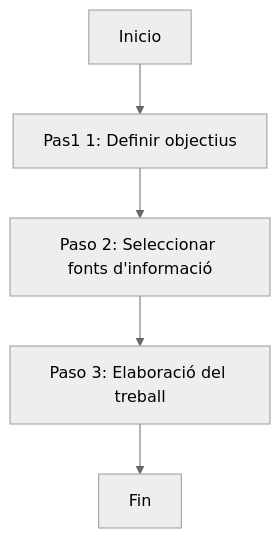
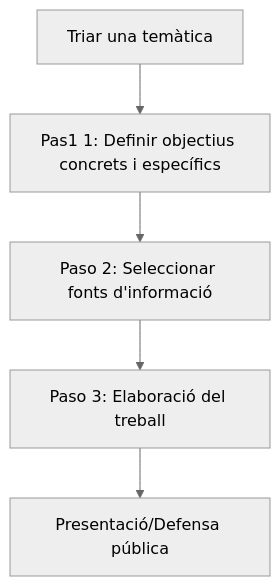
One commit to lveygonz/biologia-i-geologia-4t changed the diagram in pages/learning-scenarios/research-project.md. Above: the diagram before and after it, drawn with Mermaid (neutral theme). The commit also changed other lines of this file, not shown here.

````diff
--- a/pages/learning-scenarios/research-project.md
+++ b/pages/learning-scenarios/research-project.md
@@ -16,7 +17,7 @@
 ```mermaid
 flowchart TD
-    A[Inicio] --> B[Pas1 1: Definir objectius]
+    A[Triar una temàtica] --> B[Pas1 1: Definir objectius concrets i específics]
     B --> C[Paso 2: Seleccionar fonts d'informació]
     C --> D[Paso 3: Elaboració del treball]
-    D --> E[Fin]
+    D --> E[Presentació/Defensa pública]
 ```
````
